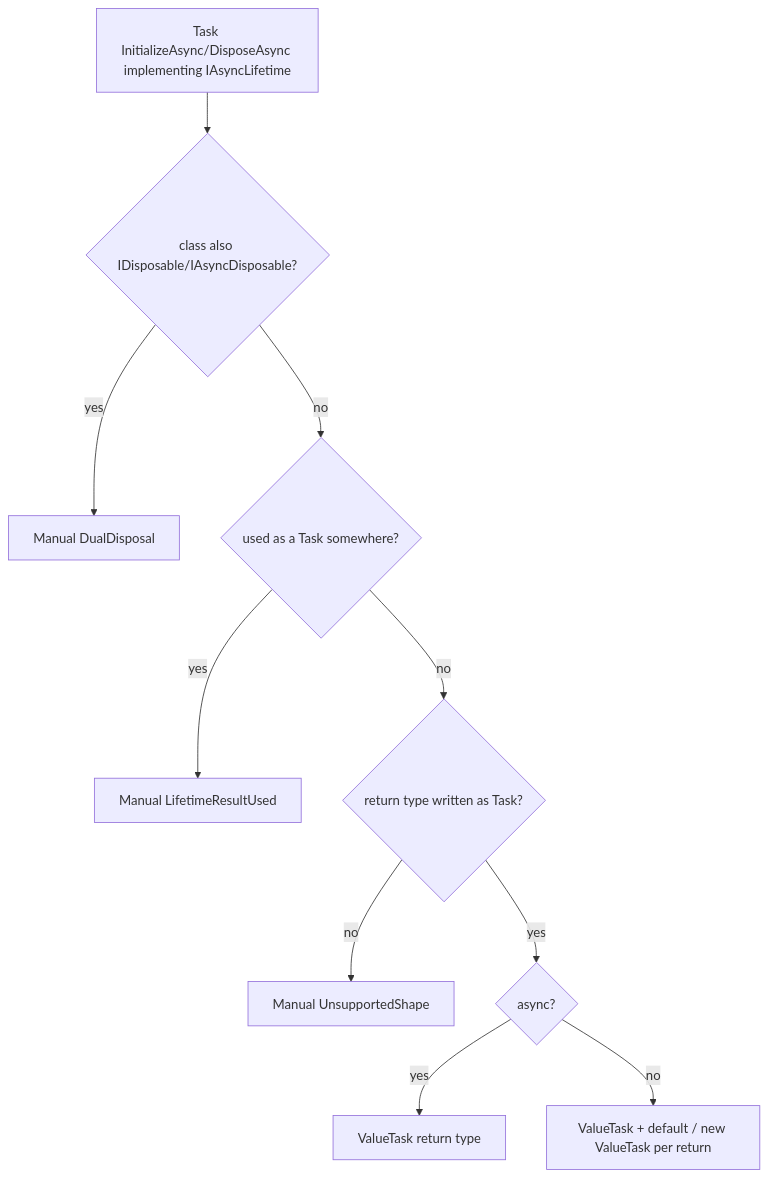
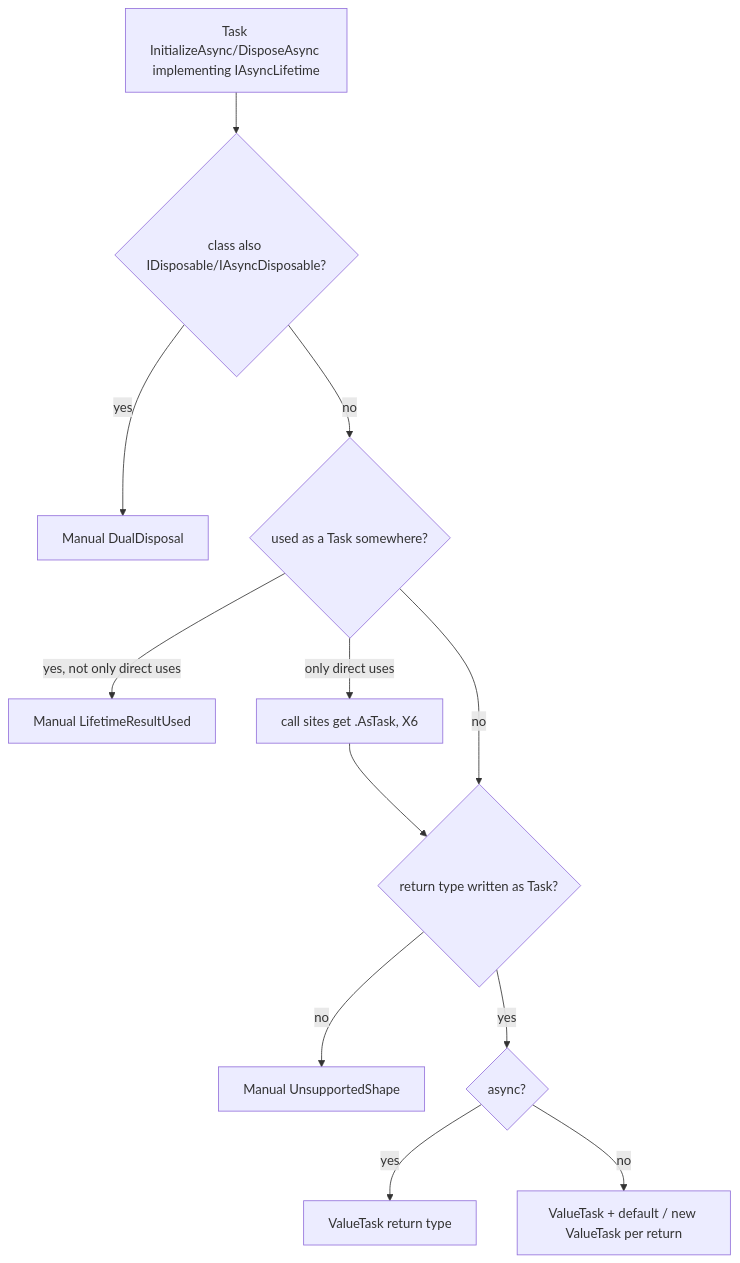
The third of 3 diagrams in docs/projectinfo/patterns/xunit3-async-lifetime-modellen.md (ATkingma/unshackle), drawn with Mermaid before and after one commit. The commit also changed other lines of this file and 27 other files, not shown here.

````diff
--- a/docs/projectinfo/patterns/xunit3-async-lifetime-modellen.md
+++ b/docs/projectinfo/patterns/xunit3-async-lifetime-modellen.md
@@ -42,12 +42,13 @@
 ```mermaid
 flowchart TD
     A[Task InitializeAsync/DisposeAsync implementing IAsyncLifetime] --> B{class also IDisposable/IAsyncDisposable?}
     B -- yes --> M1[Manual DualDisposal]
     B -- no --> C{used as a Task somewhere?}
-    C -- yes --> M2[Manual LifetimeResultUsed]
+    C -- yes, not only direct uses --> M2[Manual LifetimeResultUsed]
+    C -- only direct uses --> D2[call sites get .AsTask, X6] --> D
     C -- no --> D{return type written as Task?}
     D -- no --> M3[Manual UnsupportedShape]
     D -- yes --> E{async?}
     E -- yes --> F[ValueTask return type]
     E -- no --> G[ValueTask + default / new ValueTask per return]
 ```
````
